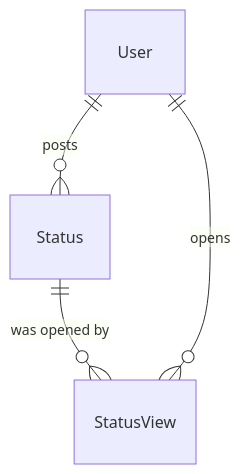
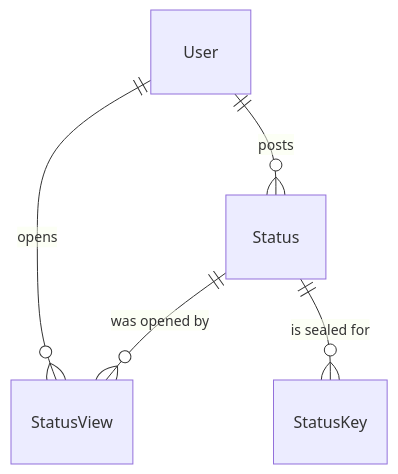
The fourth of 6 diagrams in docs/docs/database/schema.md (aiyu-ayaan/BetweenUs), drawn with Mermaid before and after one commit. The commit also changed other lines of this file and 5 other files, not shown here.

````diff
--- a/docs/docs/database/schema.md
+++ b/docs/docs/database/schema.md
@@ -341,6 +344,7 @@
 ```mermaid
 erDiagram
     User ||--o{ Status : posts
     Status ||--o{ StatusView : "was opened by"
+    Status ||--o{ StatusKey : "is sealed for"
     User ||--o{ StatusView : opens
 ```
````
